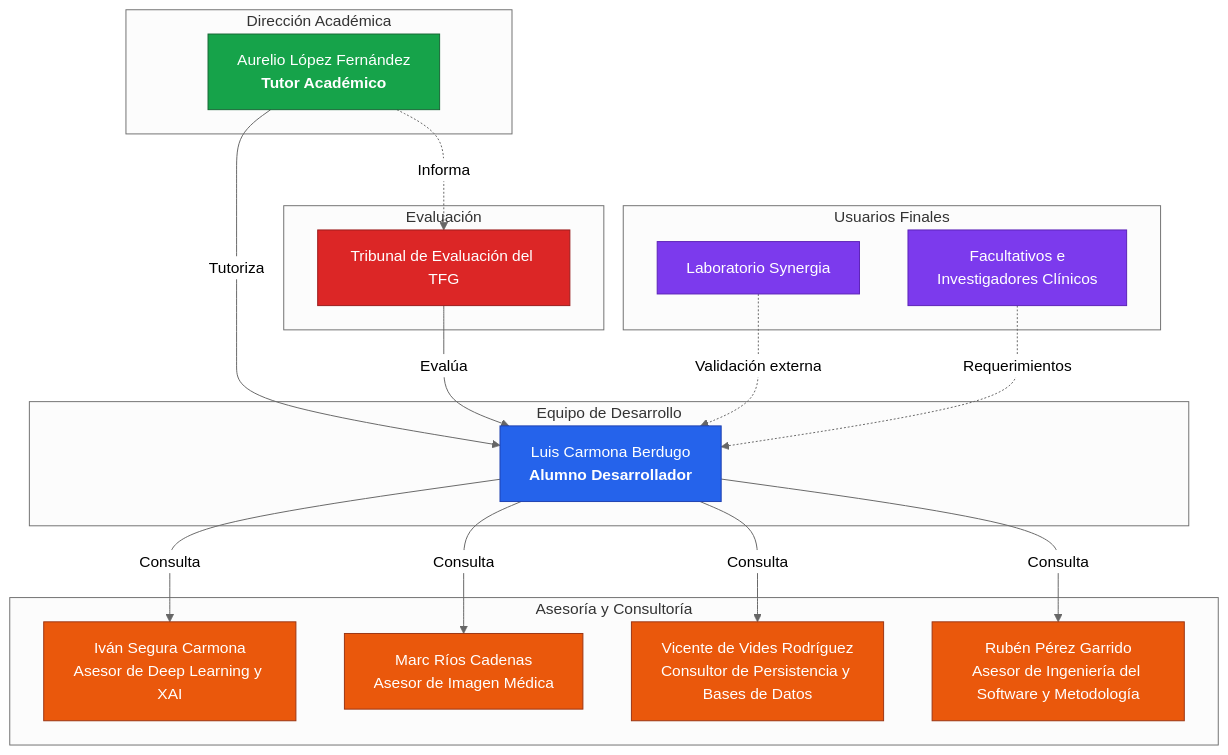
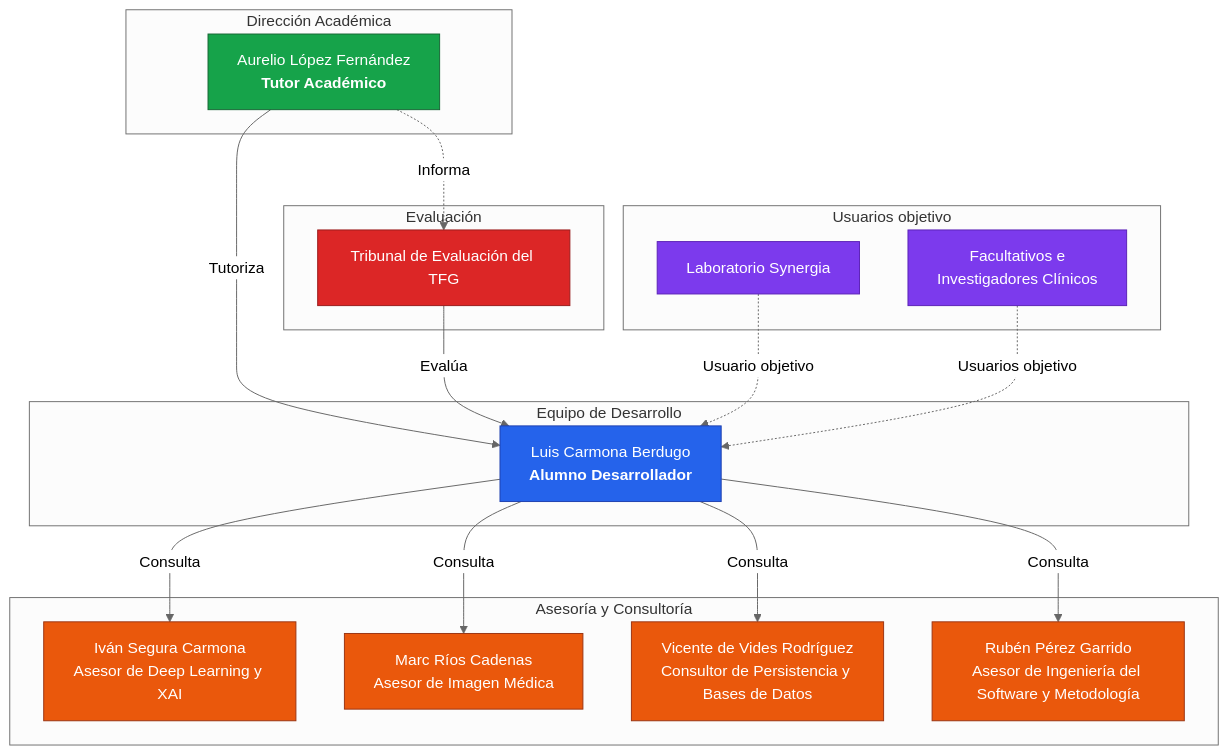
The diagram in Documentacion/Capitulo3_Organizacion_del_Proyecto.md (eLeCe2611/vitalXAI), drawn with Mermaid (neutral theme) before and after one commit. The commit also changed other lines of this file and 42 other files, not shown here.

````diff
--- a/Documentacion/Capitulo3_Organizacion_del_Proyecto.md
+++ b/Documentacion/Capitulo3_Organizacion_del_Proyecto.md
@@ -9,46 +9,46 @@
 ```mermaid
 graph TB
     subgraph Direccion["Dirección Académica"]
         ALF[Aurelio López Fernández<br/><b>Tutor Académico</b>]
     end
 
     subgraph Equipo["Equipo de Desarrollo"]
         LCB[Luis Carmona Berdugo<br/><b>Alumno Desarrollador</b>]
     end
 
     subgraph Asesoria["Asesoría y Consultoría"]
         ISC[Iván Segura Carmona<br/>Asesor de Deep Learning y XAI]
         MRC[Marc Ríos Cadenas<br/>Asesor de Imagen Médica]
         VVR[Vicente de Vides Rodríguez<br/>Consultor de Persistencia y Bases de Datos]
         RPG[Rubén Pérez Garrido<br/>Asesor de Ingeniería del Software y Metodología]
     end
 
     subgraph Evaluacion["Evaluación"]
         TTFG[Tribunal de Evaluación del TFG]
     end
 
-    subgraph Usuarios["Usuarios Finales"]
+    subgraph Usuarios["Usuarios objetivo"]
         LS[Laboratorio Synergia]
         FIC[Facultativos e<br/>Investigadores Clínicos]
     end
 
     ALF -->|Tutoriza| LCB
     LCB -->|Consulta| ISC
     LCB -->|Consulta| MRC
     LCB -->|Consulta| VVR
     LCB -->|Consulta| RPG
     ALF -.->|Informa| TTFG
     TTFG -->|Evalúa| LCB
-    LS -.->|Validación externa| LCB
-    FIC -.->|Requerimientos| LCB
+    LS -.->|Usuario objetivo| LCB
+    FIC -.->|Usuarios objetivo| LCB
 
     style LCB fill:#2563EB,color:#fff,stroke:#1E40AF
     style ALF fill:#16A34A,color:#fff,stroke:#166534
     style TTFG fill:#DC2626,color:#fff,stroke:#991B1B
     style ISC fill:#EA580C,color:#fff,stroke:#9A3412
     style MRC fill:#EA580C,color:#fff,stroke:#9A3412
     style VVR fill:#EA580C,color:#fff,stroke:#9A3412
     style RPG fill:#EA580C,color:#fff,stroke:#9A3412
     style LS fill:#7C3AED,color:#fff,stroke:#5B21B6
     style FIC fill:#7C3AED,color:#fff,stroke:#5B21B6
 ```
````
